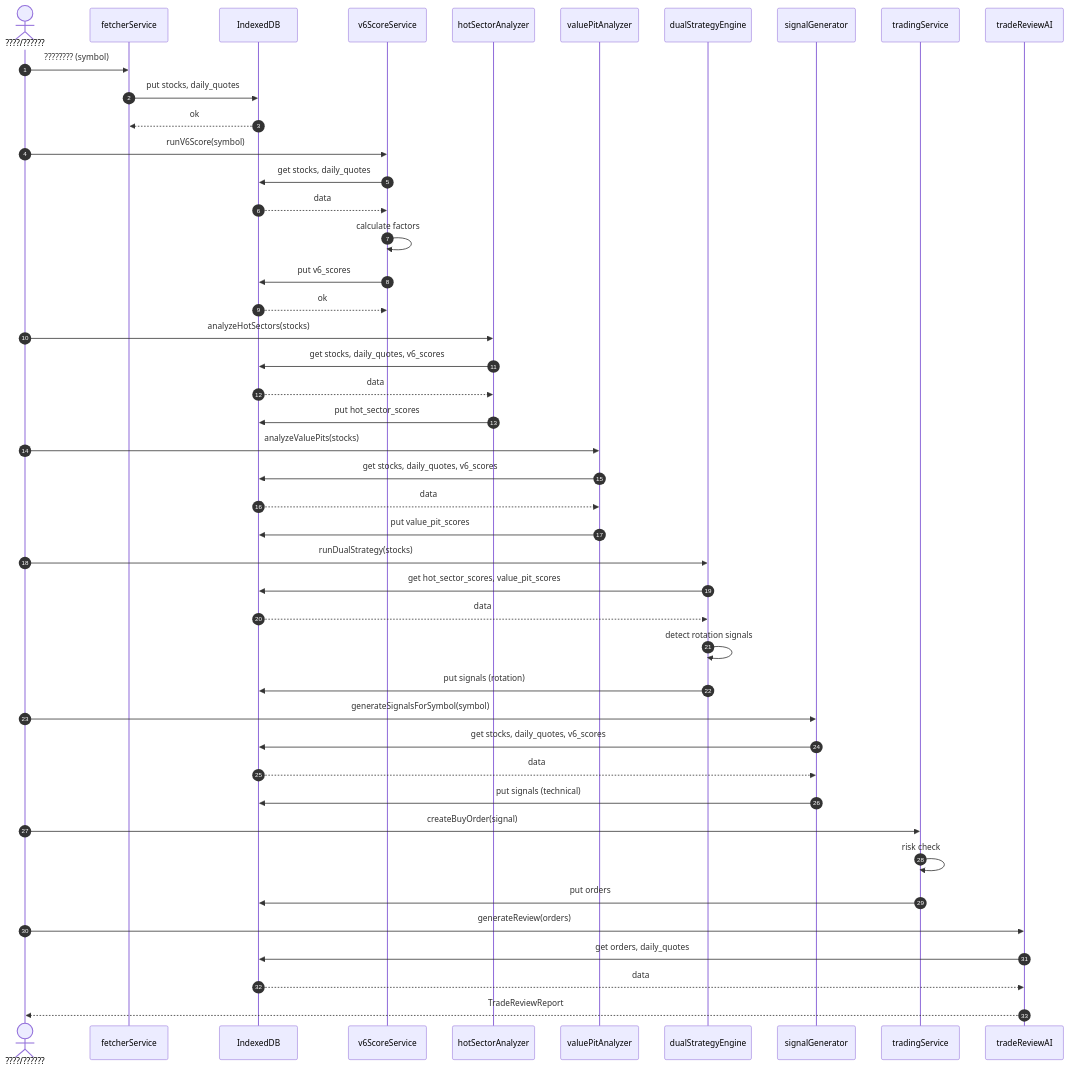
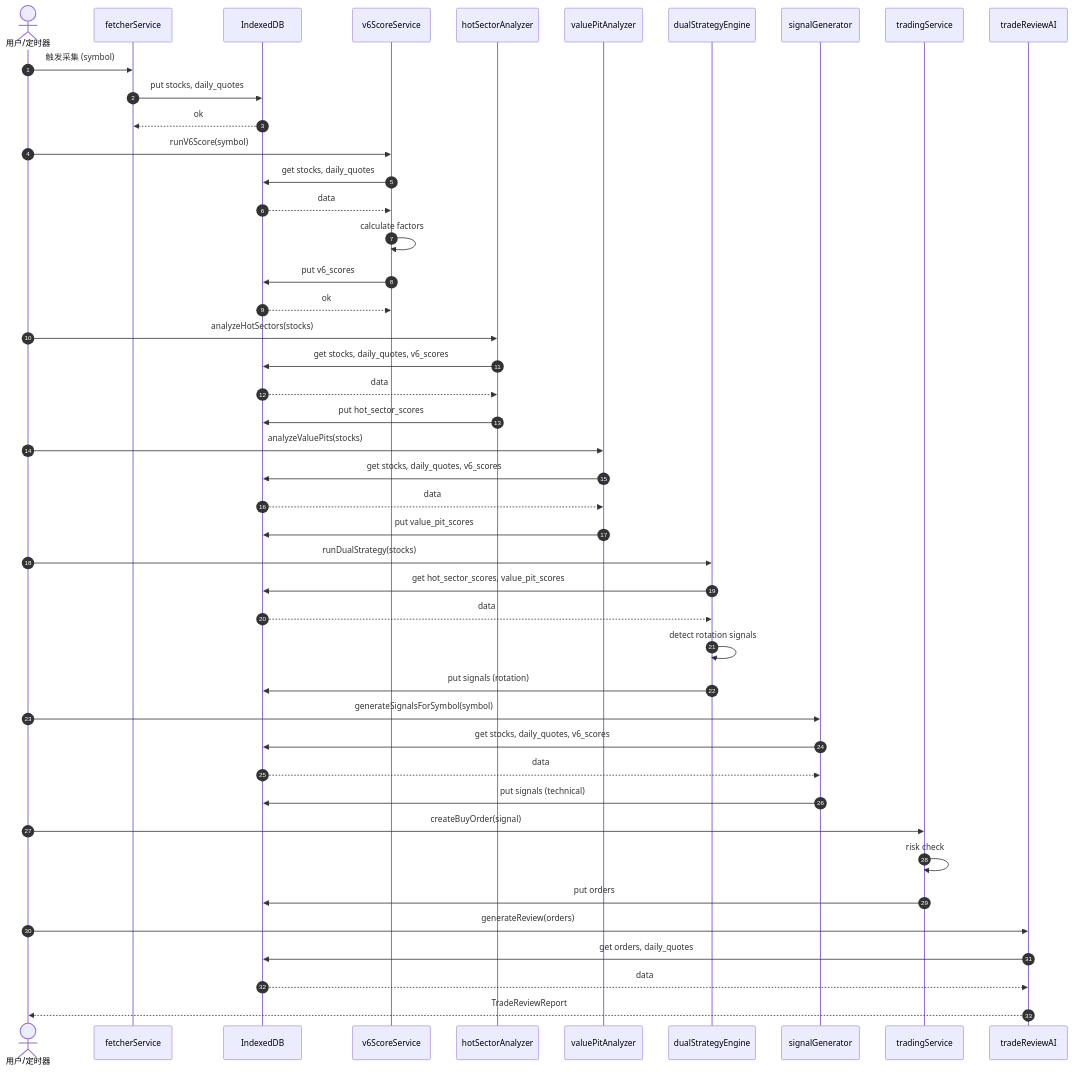
One commit to DHENGHONGYU/- changed the diagram in docs/reference/2026-06-29-data-relationship-blueprint.md. Above: the diagram before and after it, drawn with Mermaid. The commit also changed other lines of this file and 849 other files, not shown here.

````diff
--- a/docs/reference/2026-06-29-data-relationship-blueprint.md
+++ b/docs/reference/2026-06-29-data-relationship-blueprint.md
@@ -211,55 +211,55 @@
 ```mermaid
 sequenceDiagram
     autonumber
-    actor U as ????/??????
+    actor U as 用户/定时器
     participant FS as fetcherService
     participant IDB as IndexedDB
     participant VS as v6ScoreService
     participant HS as hotSectorAnalyzer
     participant VP as valuePitAnalyzer
     participant DS as dualStrategyEngine
     participant SG as signalGenerator
     participant TS as tradingService
     participant TR as tradeReviewAI
 
-    U->>FS: ???????? (symbol)
+    U->>FS: 触发采集 (symbol)
     FS->>IDB: put stocks, daily_quotes
     IDB-->>FS: ok
 
     U->>VS: runV6Score(symbol)
     VS->>IDB: get stocks, daily_quotes
     IDB-->>VS: data
     VS->>VS: calculate factors
     VS->>IDB: put v6_scores
     IDB-->>VS: ok
 
     U->>HS: analyzeHotSectors(stocks)
     HS->>IDB: get stocks, daily_quotes, v6_scores
     IDB-->>HS: data
     HS->>IDB: put hot_sector_scores
 
     U->>VP: analyzeValuePits(stocks)
     VP->>IDB: get stocks, daily_quotes, v6_scores
     IDB-->>VP: data
     VP->>IDB: put value_pit_scores
 
     U->>DS: runDualStrategy(stocks)
     DS->>IDB: get hot_sector_scores, value_pit_scores
     IDB-->>DS: data
     DS->>DS: detect rotation signals
     DS->>IDB: put signals (rotation)
 
     U->>SG: generateSignalsForSymbol(symbol)
     SG->>IDB: get stocks, daily_quotes, v6_scores
     IDB-->>SG: data
     SG->>IDB: put signals (technical)
 
     U->>TS: createBuyOrder(signal)
     TS->>TS: risk check
     TS->>IDB: put orders
 
     U->>TR: generateReview(orders)
     TR->>IDB: get orders, daily_quotes
     IDB-->>TR: data
     TR-->>U: TradeReviewReport
 ```
````
